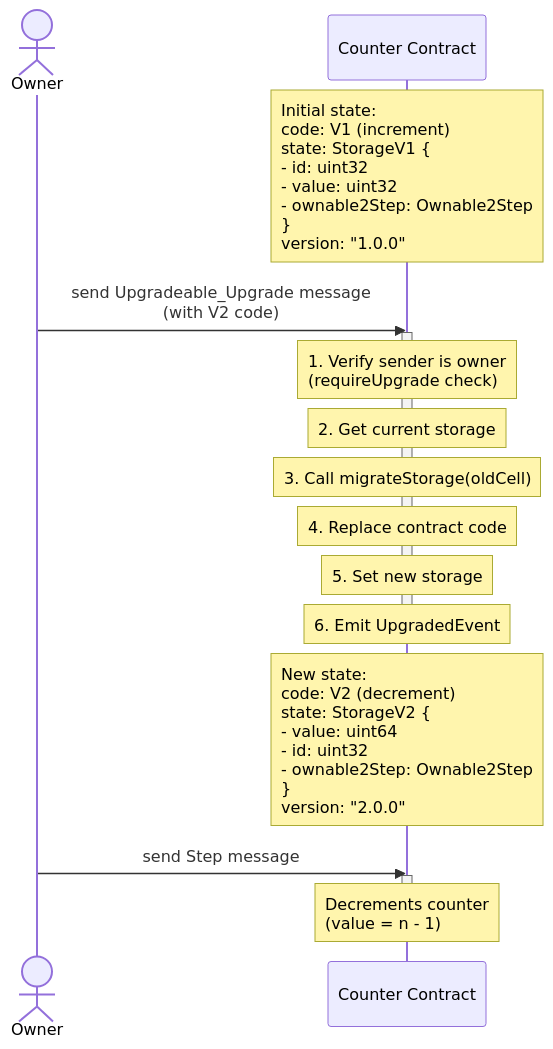
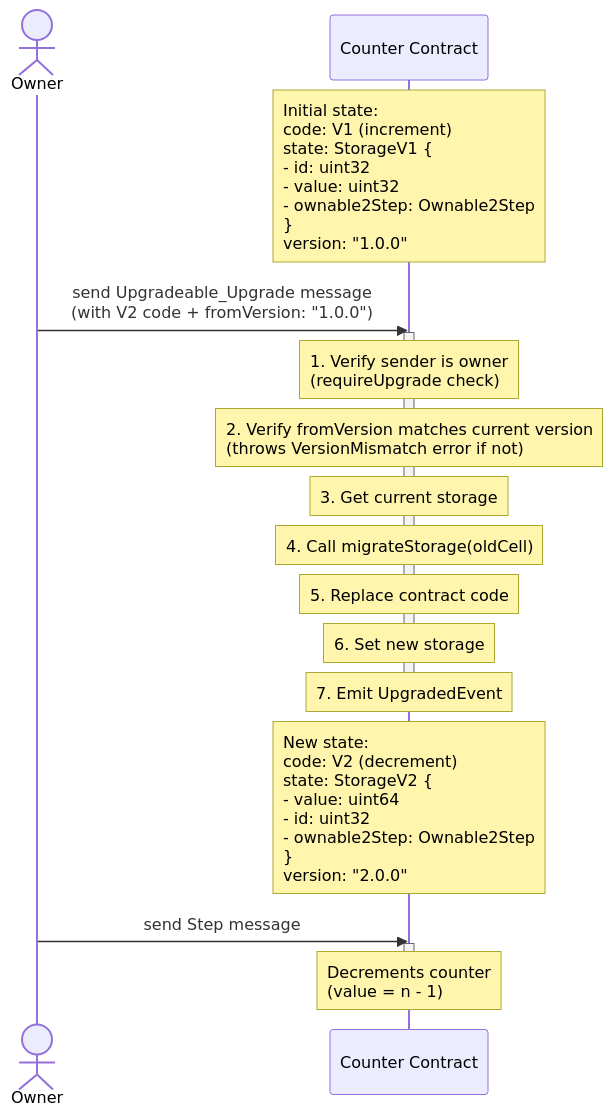
One commit to smartcontractkit/chainlink-ton changed the diagram in docs/contracts/overview/libraries/upgradeable.md. Above: the diagram before and after it, drawn with Mermaid. The commit also changed other lines of this file, not shown here.

Commit message:
doc: update upgradeable doc

````diff
--- a/docs/contracts/overview/libraries/upgradeable.md
+++ b/docs/contracts/overview/libraries/upgradeable.md
@@ -178,29 +193,30 @@
 ```mermaid
 ---
 config:
   "sequence":
     "noteAlign": "left"
 ---
 sequenceDiagram
     actor Owner
     participant Counter as Counter Contract
     
     Note over Counter: Initial state:<br/>code: V1 (increment)<br/>state: StorageV1 {<br/>- id: uint32<br/>- value: uint32<br/>- ownable2Step: Ownable2Step<br/>}<br/>version: "1.0.0"
 
-    Owner->>Counter: send Upgradeable_Upgrade message<br/>(with V2 code)
+    Owner->>Counter: send Upgradeable_Upgrade message<br/>(with V2 code + fromVersion: "1.0.0")
     activate Counter
     Note over Counter: 1. Verify sender is owner<br/>(requireUpgrade check)
-    Note over Counter: 2. Get current storage
-    Note over Counter: 3. Call migrateStorage(oldCell)
-    Note over Counter: 4. Replace contract code
-    Note over Counter: 5. Set new storage
-    Note over Counter: 6. Emit UpgradedEvent
+    Note over Counter: 2. Verify fromVersion matches current version<br/>(throws VersionMismatch error if not)
+    Note over Counter: 3. Get current storage
+    Note over Counter: 4. Call migrateStorage(oldCell)
+    Note over Counter: 5. Replace contract code
+    Note over Counter: 6. Set new storage
+    Note over Counter: 7. Emit UpgradedEvent
     deactivate Counter
 
     Note over Counter: New state:<br/>code: V2 (decrement)<br/>state: StorageV2 {<br/>- value: uint64<br/>- id: uint32<br/>- ownable2Step: Ownable2Step<br/>}<br/>version: "2.0.0"
 
     Owner->>Counter: send Step message
     activate Counter
     Note over Counter: Decrements counter<br/>(value = n - 1)
     deactivate Counter
 ```
````
